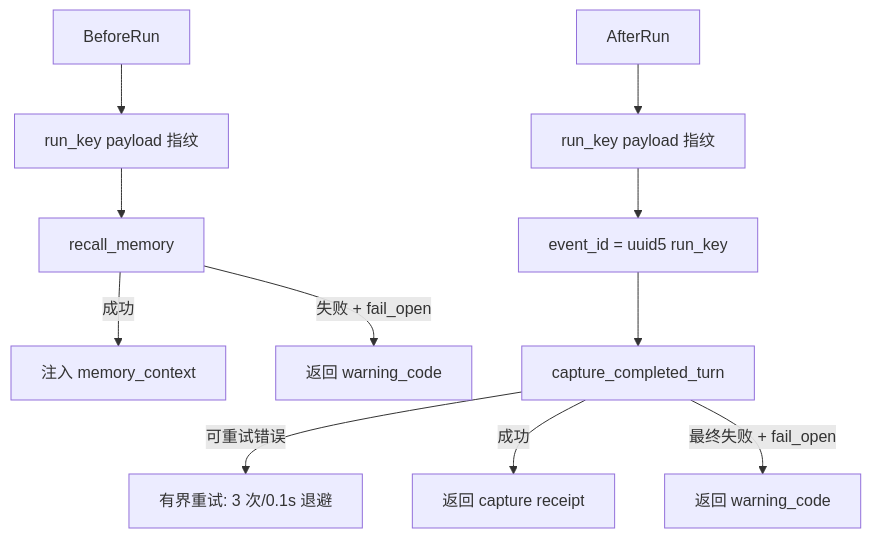
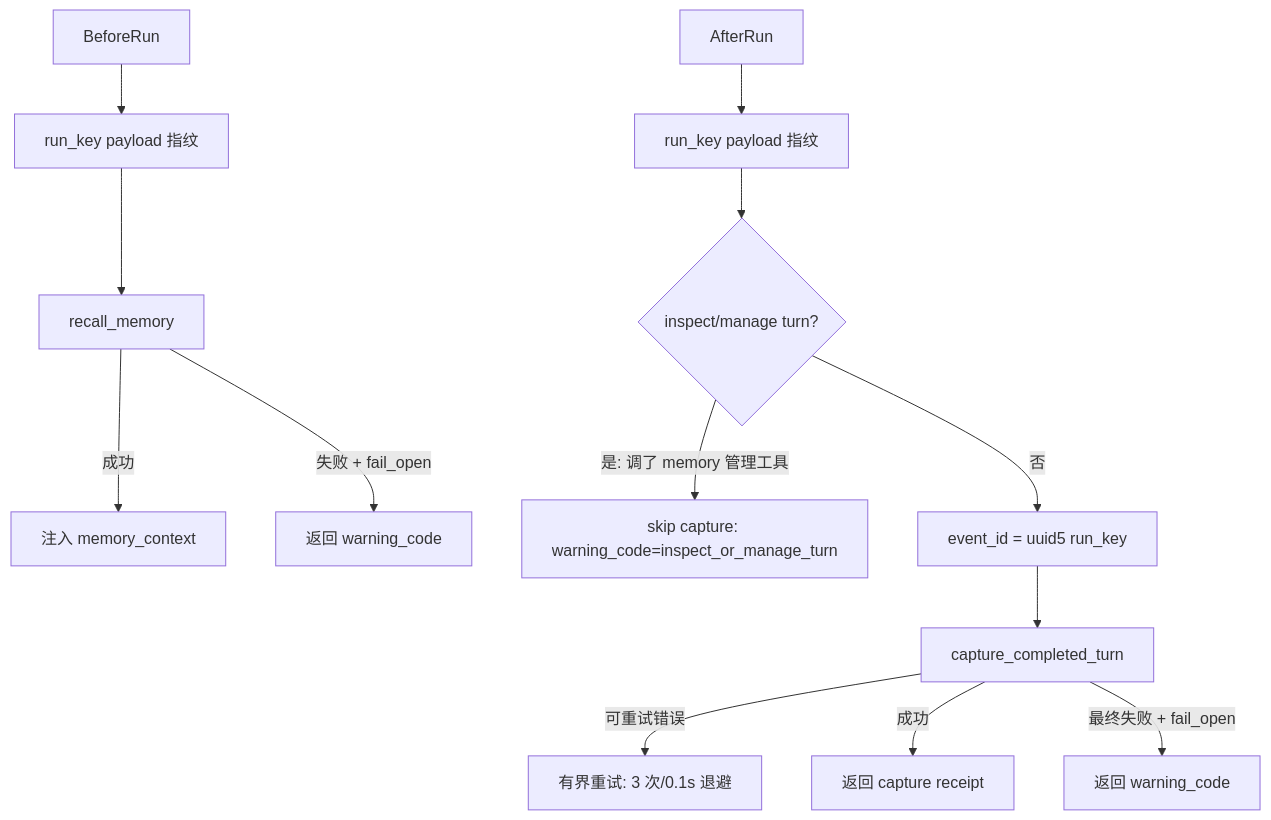
Before and after one commit to dxiaosen/memory-mcp: diagram 11 of 11 in docs/design.md, drawn with Mermaid. The commit also changed other lines of this file and 8 other files, not shown here.

````diff
--- a/docs/design.md
+++ b/docs/design.md
@@ -938,13 +938,15 @@
 ```mermaid
 flowchart TD
     BR[BeforeRun] --> FP[run_key payload 指纹]
     FP --> RC[recall_memory]
     RC -->|成功| INJ[注入 memory_context]
     RC -->|失败 + fail_open| WN[返回 warning_code]
     AR[AfterRun] --> FP2[run_key payload 指纹]
-    FP2 --> EV[event_id = uuid5 run_key]
+    FP2 --> CHK{inspect/manage turn?}
+    CHK -->|是: 调了 memory 管理工具| SK[skip capture: warning_code=inspect_or_manage_turn]
+    CHK -->|否| EV[event_id = uuid5 run_key]
     EV --> CP[capture_completed_turn]
     CP -->|可重试错误| RT[有界重试: 3 次/0.1s 退避]
     CP -->|成功| RC2[返回 capture receipt]
     CP -->|最终失败 + fail_open| WN2[返回 warning_code]
 ```
````
